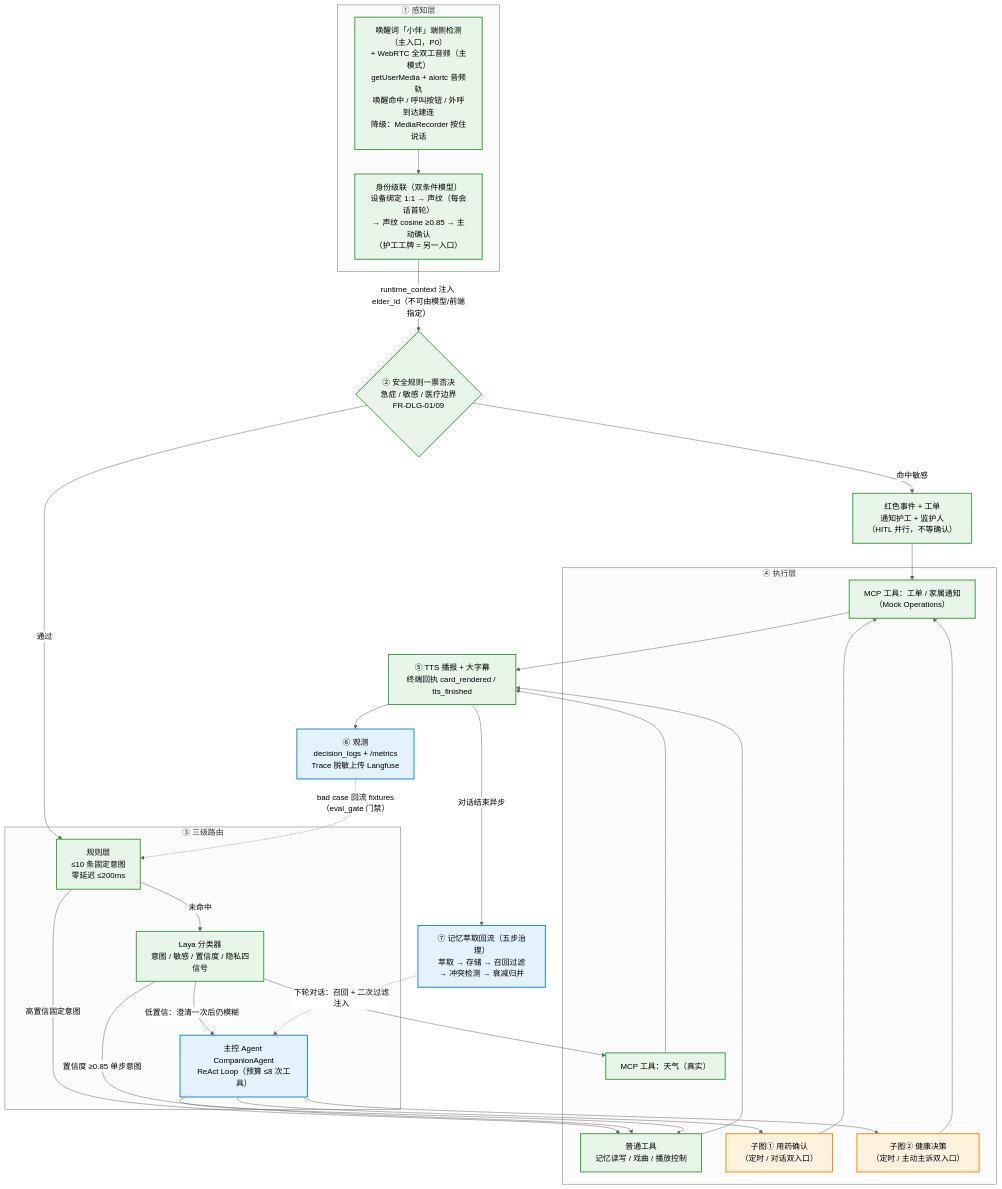
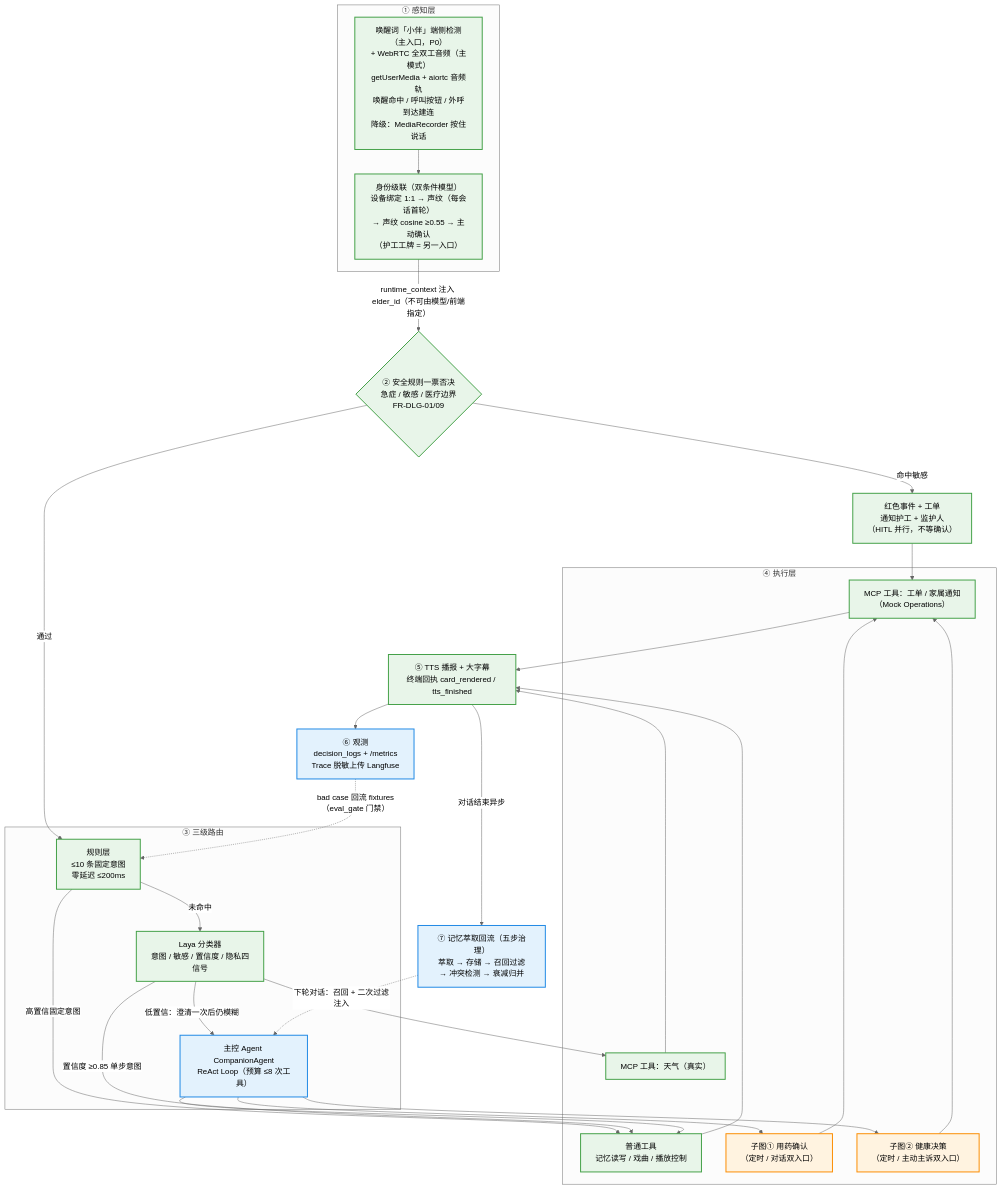
Before and after one commit to zha-yu/kangban: the second of 4 diagrams in docs/康伴3D数字人_技术设计文档.md, drawn with Mermaid (neutral theme). The commit also changed other lines of this file and 5 other files, not shown here.

````diff
--- a/docs/康伴3D数字人_技术设计文档.md
+++ b/docs/康伴3D数字人_技术设计文档.md
@@ -708,59 +708,59 @@
 ```mermaid
 flowchart TB
     subgraph SENSE["① 感知层"]
         MIC["唤醒词「小伴」端侧检测（主入口，P0）<br/>+ WebRTC 全双工音频（主模式）<br/>getUserMedia + aiortc 音频轨<br/>唤醒命中 / 呼叫按钮 / 外呼到达建连<br/>降级：MediaRecorder 按住说话"]
-        IDEN["身份级联（双条件模型）<br/>设备绑定 1:1 → 声纹（每会话首轮）<br/>→ 声纹 cosine ≥0.85 → 主动确认<br/>（护工工牌 = 另一入口）"]
+        IDEN["身份级联（双条件模型）<br/>设备绑定 1:1 → 声纹（每会话首轮）<br/>→ 声纹 cosine ≥0.55 → 主动确认<br/>（护工工牌 = 另一入口）"]
     end
 
     VETO{"② 安全规则一票否决<br/>急症 / 敏感 / 医疗边界<br/>FR-DLG-01/09"}
     RED["红色事件 + 工单<br/>通知护工 + 监护人<br/>（HITL 并行，不等确认）"]
 
     subgraph ROUTE["③ 三级路由"]
         R1["规则层<br/>≤10 条固定意图<br/>零延迟 ≤200ms"]
         R2["Laya 分类器<br/>意图 / 敏感 / 置信度 / 隐私四信号"]
         R3["主控 Agent CompanionAgent<br/>ReAct Loop（预算 ≤8 次工具）"]
     end
 
     subgraph ACT["④ 执行层"]
         T1["普通工具<br/>记忆读写 / 戏曲 / 播放控制"]
         T2["MCP 工具：天气（真实）"]
         SG1["子图① 用药确认<br/>（定时 / 对话双入口）"]
         SG2["子图② 健康决策<br/>（定时 / 主动主诉双入口）"]
         T3["MCP 工具：工单 / 家属通知<br/>（Mock Operations）"]
     end
 
     OUT["⑤ TTS 播报 + 大字幕<br/>终端回执 card_rendered / tts_finished"]
     OBS["⑥ 观测<br/>decision_logs + /metrics<br/>Trace 脱敏上传 Langfuse"]
     MEM["⑦ 记忆萃取回流（五步治理）<br/>萃取 → 存储 → 召回过滤<br/>→ 冲突检测 → 衰减归并"]
 
     MIC --> IDEN
     IDEN -->|"runtime_context 注入 elder_id（不可由模型/前端指定）"| VETO
     VETO -->|命中敏感| RED
     VETO -->|通过| R1
     R1 -->|未命中| R2
     R2 -->|"低置信：澄清一次后仍模糊"| R3
     R1 -->|高置信固定意图| T1
     R2 -->|"置信度 ≥0.85 单步意图"| T1
     R2 --> T2
     R3 --> T1
     R3 --> SG1
     R3 --> SG2
     SG1 --> T3
     SG2 --> T3
     RED --> T3
     T1 --> OUT
     T2 --> OUT
     T3 --> OUT
     OUT --> OBS
     OUT -->|对话结束异步| MEM
     MEM -.->|下轮对话：召回 + 二次过滤注入| R3
     OBS -.->|"bad case 回流 fixtures（eval_gate 门禁）"| R1
 
     classDef wf fill:#e8f5e9,stroke:#43a047,stroke-width:2px;
     classDef ag fill:#e3f2fd,stroke:#1e88e5,stroke-width:2px;
     classDef sg fill:#fff3e0,stroke:#fb8c00,stroke-width:2px;
     class MIC,IDEN,VETO,RED,R1,R2,T1,T2,T3,OUT wf;
     class R3 ag;
     class SG1,SG2 sg;
     class OBS,MEM ag;
 ```
````
